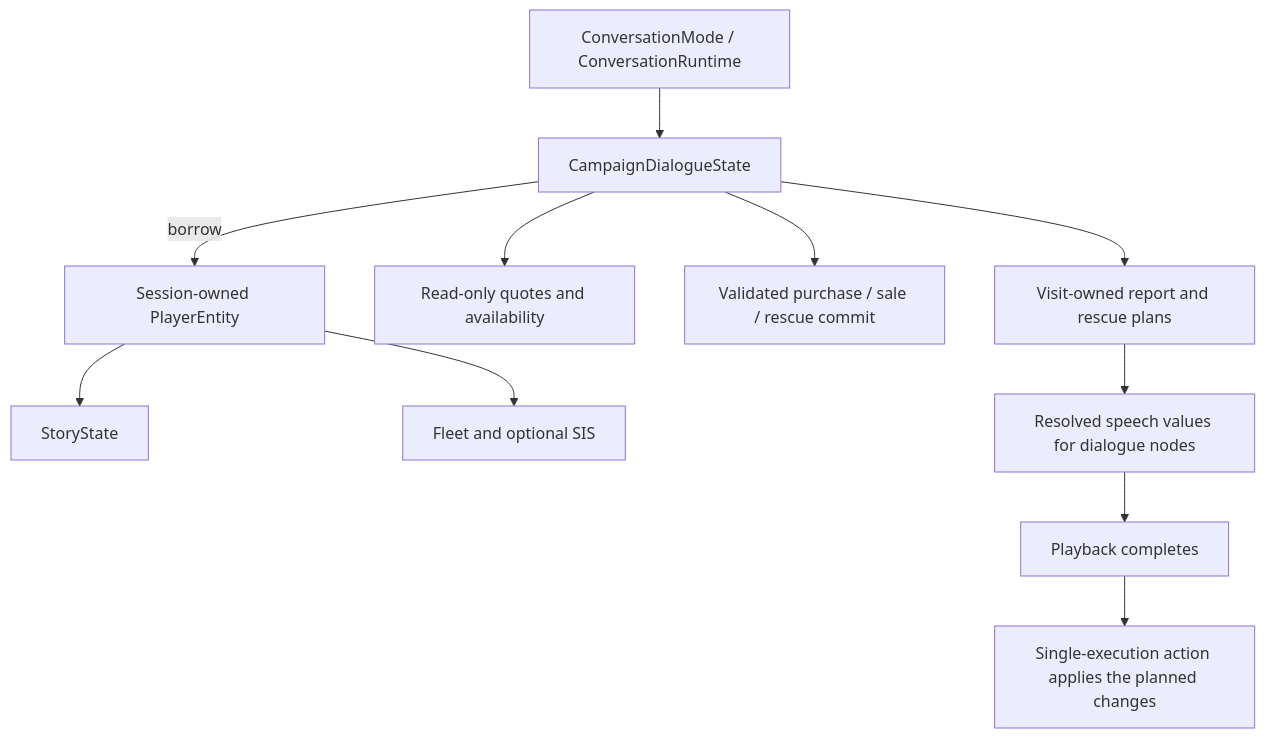
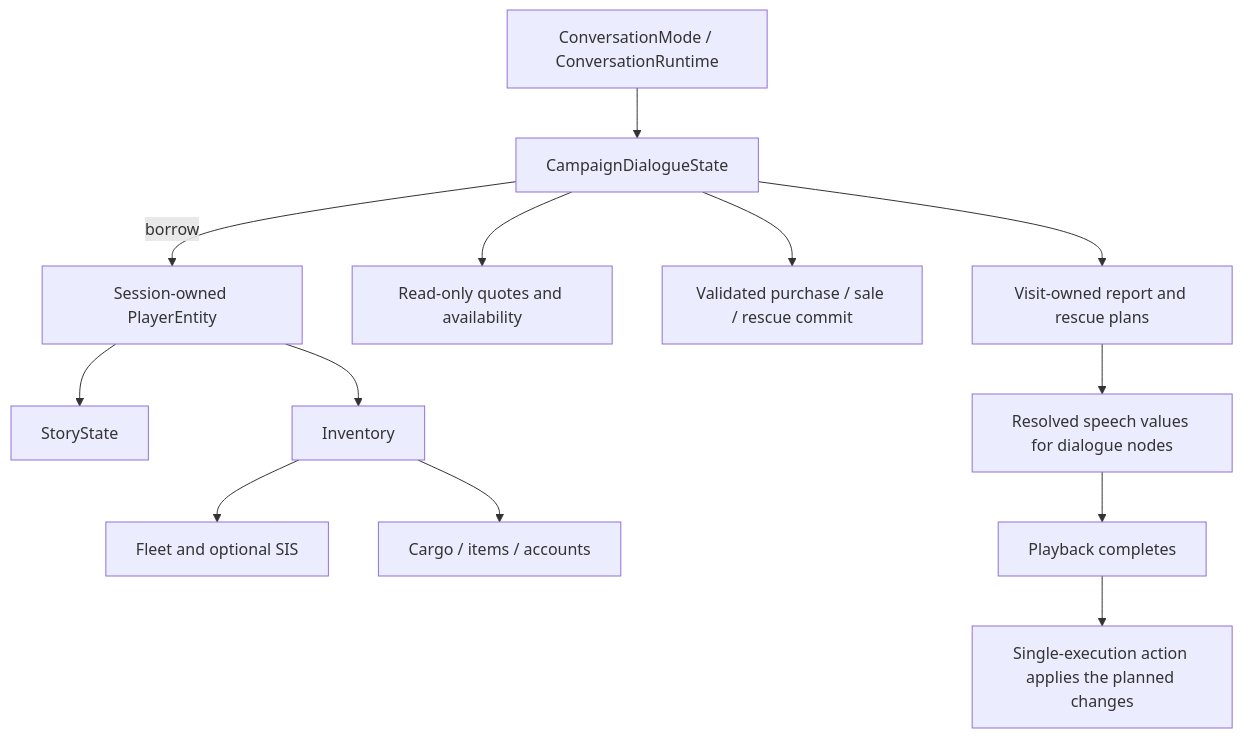
One commit to yost-jacob/uqm-cpp17 changed the diagram in docs/design/conversation/transactions.md. Above: the diagram before and after it, drawn with Mermaid. The commit also changed other lines of this file and 57 other files, not shown here.

````diff
--- a/docs/design/conversation/transactions.md
+++ b/docs/design/conversation/transactions.md
@@ -18,13 +18,15 @@
 ```mermaid
 flowchart TD
     Mode[ConversationMode / ConversationRuntime] --> Adapter[CampaignDialogueState]
     Adapter -->|borrow| Player[Session-owned PlayerEntity]
     Player --> Story[StoryState]
-    Player --> Fleet[Fleet and optional SIS]
+    Player --> Inventory[Inventory]
+    Inventory --> Fleet[Fleet and optional SIS]
+    Inventory --> Cargo[Cargo / items / accounts]
     Adapter --> Quotes[Read-only quotes and availability]
     Adapter --> Transactions[Validated purchase / sale / rescue commit]
     Adapter --> Reports[Visit-owned report and rescue plans]
     Reports --> Speech[Resolved speech values for dialogue nodes]
     Speech --> Completed[Playback completes]
     Completed --> Commit[Single-execution action applies the planned changes]
 ```
````
